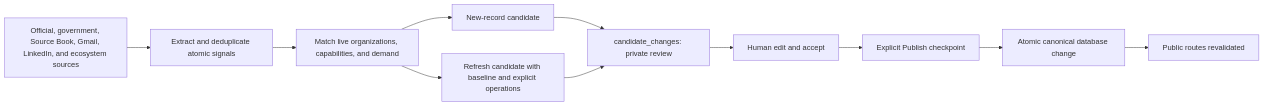
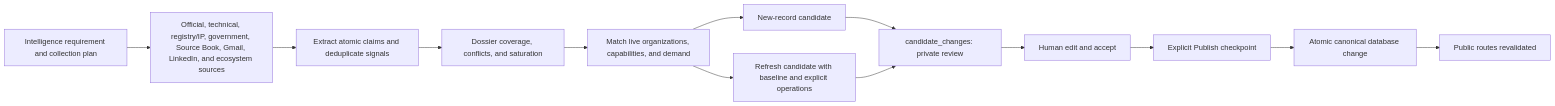
One commit to AndDavies/ecosystem_intelligence changed the diagram in context/governance/Project Status.md. Above: the diagram before and after it, drawn with Mermaid. The commit also changed other lines of this file and 44 other files, not shown here.

````diff
--- a/context/governance/Project Status.md
+++ b/context/governance/Project Status.md
@@ -47,13 +50,15 @@
 ```mermaid
 flowchart LR
-  S["Official, government, Source Book, Gmail, LinkedIn, and ecosystem sources"] --> X["Extract and deduplicate atomic signals"]
-  X --> M["Match live organizations, capabilities, and demand"]
+  I["Intelligence requirement and collection plan"] --> S["Official, technical, registry/IP, government, Source Book, Gmail, LinkedIn, and ecosystem sources"]
+  S --> X["Extract atomic claims and deduplicate signals"]
+  X --> D["Dossier coverage, conflicts, and saturation"]
+  D --> M["Match live organizations, capabilities, and demand"]
   M --> N["New-record candidate"]
   M --> R["Refresh candidate with baseline and explicit operations"]
   N --> Q["candidate_changes: private review"]
   R --> Q
   Q --> A["Human edit and accept"]
   A --> P["Explicit Publish checkpoint"]
   P --> C["Atomic canonical database change"]
   C --> L["Public routes revalidated"]
 ```
````
